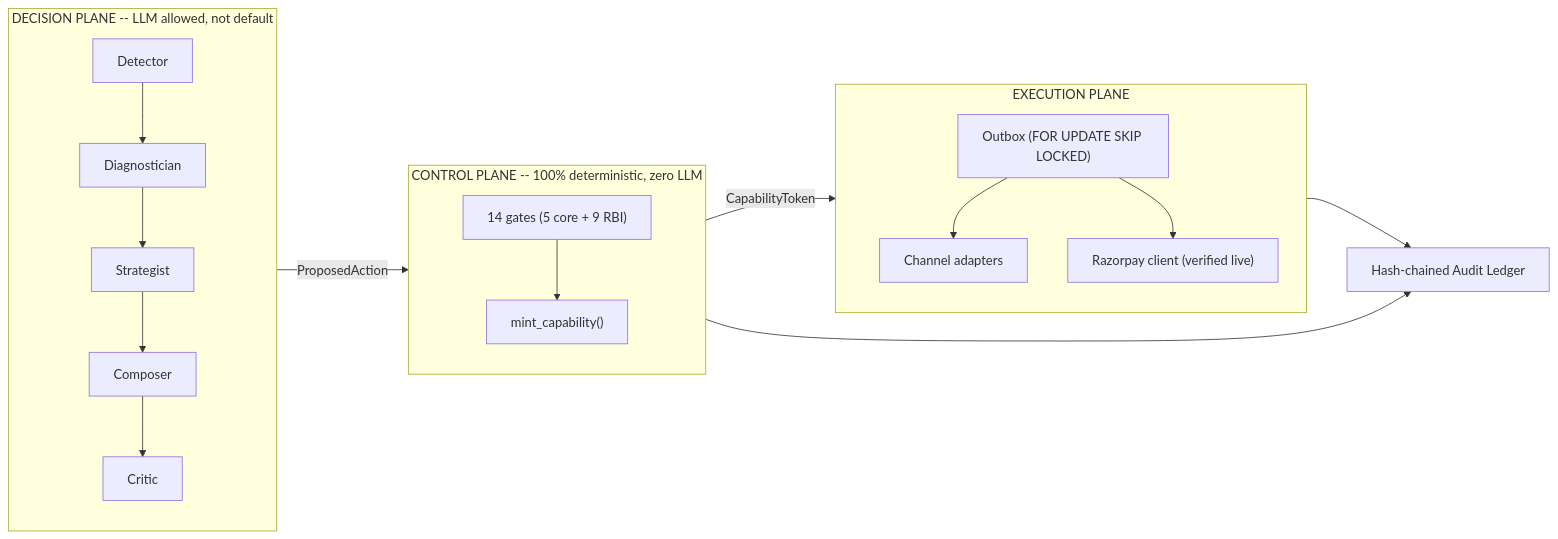
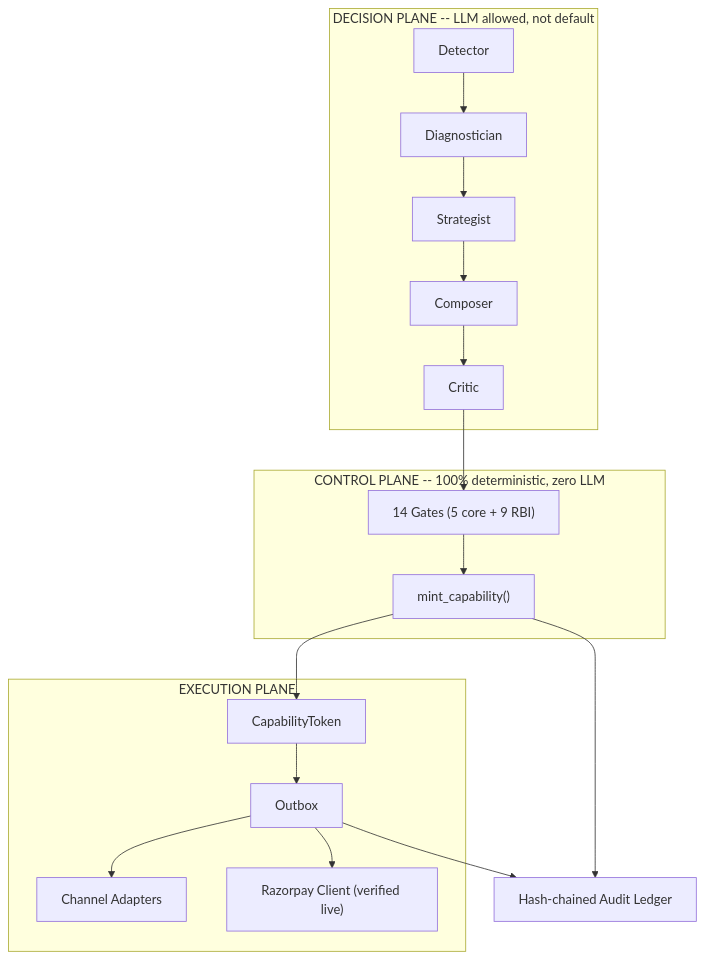
The first of 3 diagrams in README.md (Subhitcha04/Bakaya-RazorPay-Buildathon), drawn with Mermaid before and after one commit. The commit also changed other lines of this file, not shown here.

Commit message:
Redraw architecture and system-design diagrams as top-to-bottom flowcharts for readability

````diff
--- a/README.md
+++ b/README.md
@@ -52,21 +55,33 @@
 ```mermaid
-flowchart LR
-    subgraph DP["DECISION PLANE -- LLM allowed, not default"]
-        direction TB
-        Detector --> Diagnostician --> Strategist --> Composer --> Critic
+flowchart TB
+    A["Detector"] --> B["Diagnostician"]
+    B --> C["Strategist"]
+    C --> D["Composer"]
+    D --> E["Critic"]
+    E --> F["14 Gates (5 core + 9 RBI)"]
+    F --> G["mint_capability()"]
+    G --> H["CapabilityToken"]
+    H --> I["Outbox"]
+    I --> J["Channel Adapters"]
+    I --> K["Razorpay Client (verified live)"]
+    G --> L["Hash-chained Audit Ledger"]
+    I --> L
+
+    subgraph DECISION["DECISION PLANE -- LLM allowed, not default"]
+        A
+        B
+        C
+        D
+        E
     end
-    subgraph CP["CONTROL PLANE -- 100% deterministic, zero LLM"]
-        direction TB
-        Gates["14 gates (5 core + 9 RBI)"] --> Mint["mint_capability()"]
+    subgraph CONTROL["CONTROL PLANE -- 100% deterministic, zero LLM"]
+        F
+        G
     end
-    subgraph EP["EXECUTION PLANE"]
-        direction TB
-        Outbox["Outbox (FOR UPDATE SKIP LOCKED)"] --> Channels["Channel adapters"]
-        Outbox --> Razorpay["Razorpay client (verified live)"]
+    subgraph EXECUTION["EXECUTION PLANE"]
+        H
+        I
+        J
+        K
     end
-
-    Composer -->|"ProposedAction"| Gates
-    Mint -->|"CapabilityToken"| Outbox
-    Mint --> Audit["Hash-chained Audit Ledger"]
-    Outbox --> Audit
 ```
````
